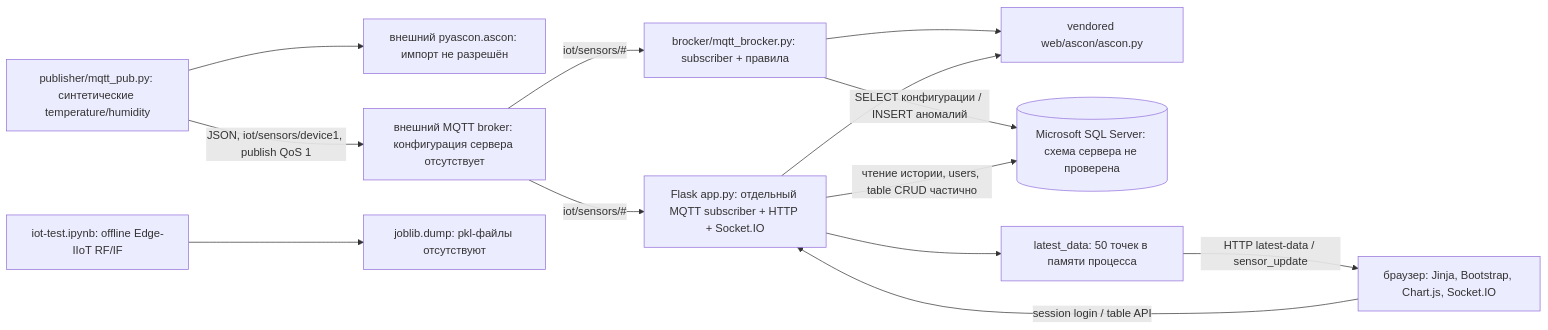
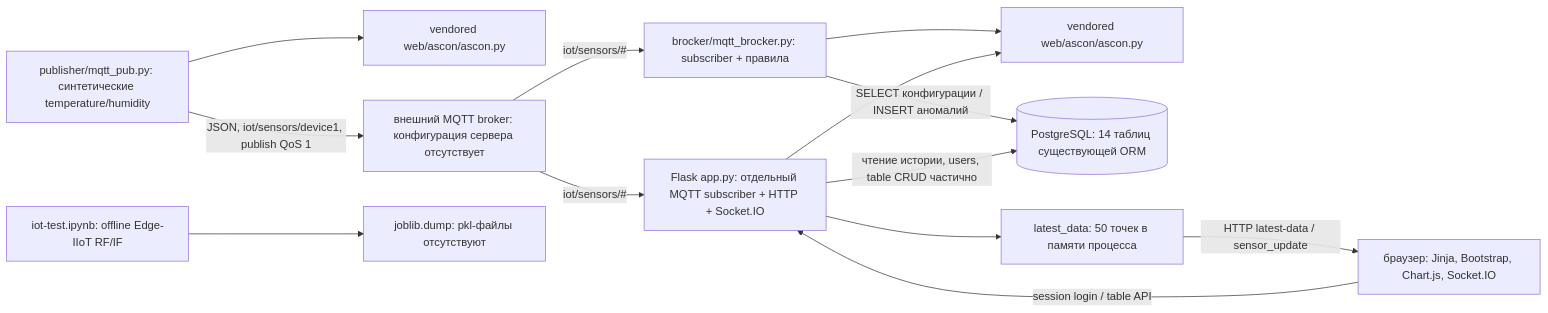
One commit to OneBumBot/Light-Crypto-Manager changed the diagram in docs/CURRENT_ARCHITECTURE.md. Above: the diagram before and after it, drawn with Mermaid. The commit also changed other lines of this file and 23 other files, not shown here.

Commit message:
feat: establish reproducible PostgreSQL runtime

````diff
--- a/docs/CURRENT_ARCHITECTURE.md
+++ b/docs/CURRENT_ARCHITECTURE.md
@@ -6,26 +7,26 @@
 ```mermaid
 flowchart LR
     P["publisher/mqtt_pub.py: синтетические temperature/humidity"]
-    E["внешний pyascon.ascon: импорт не разрешён"]
+    E["vendored web/ascon/ascon.py"]
     B["внешний MQTT broker: конфигурация сервера отсутствует"]
     R["brocker/mqtt_brocker.py: subscriber + правила"]
     A["vendored web/ascon/ascon.py"]
-    D[("Microsoft SQL Server: схема сервера не проверена")]
+    D[("PostgreSQL: 14 таблиц существующей ORM")]
     W["Flask app.py: отдельный MQTT subscriber + HTTP + Socket.IO"]
     M["latest_data: 50 точек в памяти процесса"]
     U["браузер: Jinja, Bootstrap, Chart.js, Socket.IO"]
     N["iot-test.ipynb: offline Edge-IIoT RF/IF"]
     F["joblib.dump: pkl-файлы отсутствуют"]
     P --> E
     P -->|"JSON, iot/sensors/device1, publish QoS 1"| B
     B -->|"iot/sensors/#"| R
     B -->|"iot/sensors/#"| W
     R --> A
     W --> A
     R -->|"SELECT конфигурации / INSERT аномалий"| D
     W -->|"чтение истории, users, table CRUD частично"| D
     W --> M
     M -->|"HTTP latest-data / sensor_update"| U
     U -->|"session login / table API"| W
     N --> F
 ```
````
